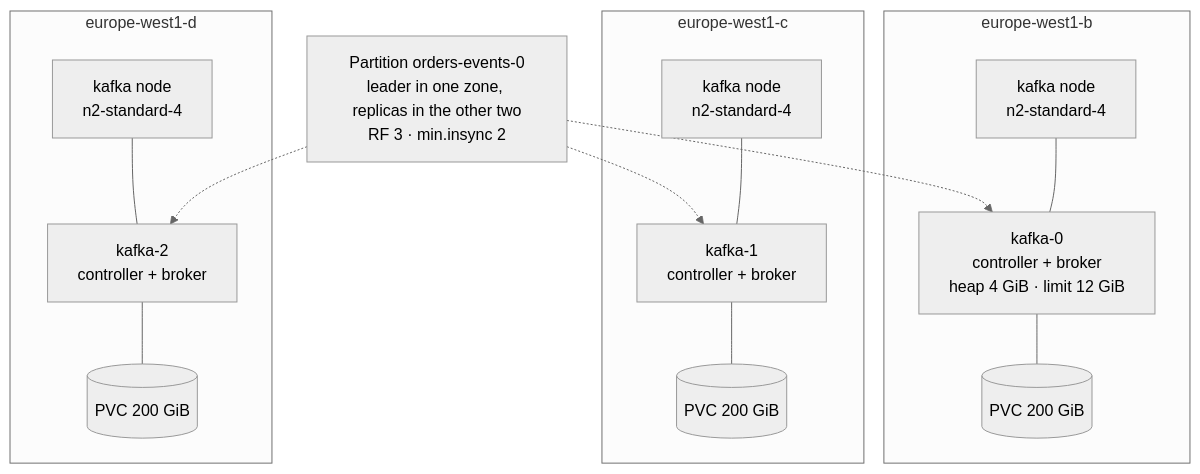
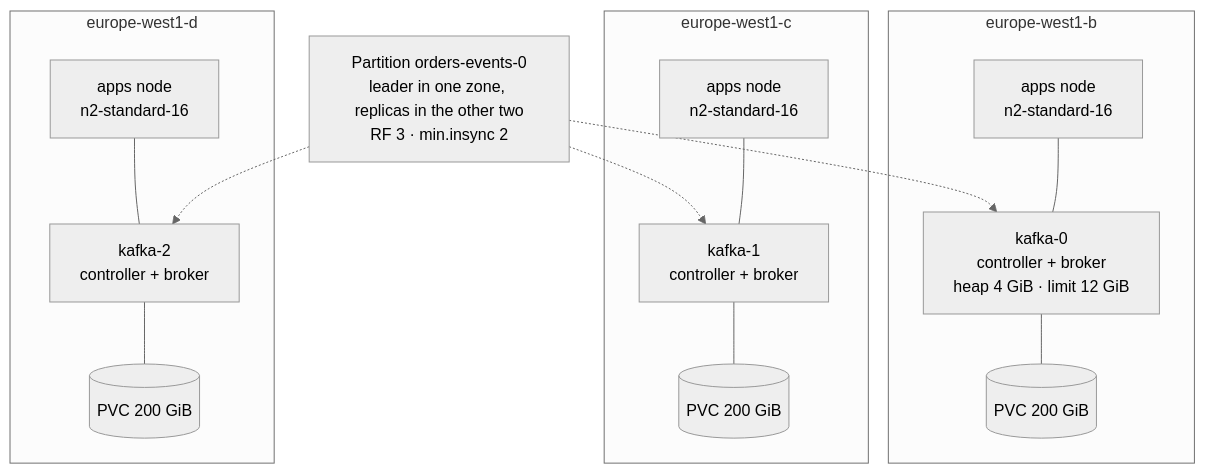
Before and after one commit to aescanero/proposal_documents: the diagram in docs/en/proposals/kafka-qa/diagrams/05-topologia.mmd, drawn with Mermaid (neutral theme). The commit also changed 55 other files, not shown here.

First line of the commit message:
Two node pools per cluster: system and apps (es and en)

```diff
--- a/docs/en/proposals/kafka-qa/diagrams/05-topologia.mmd
+++ b/docs/en/proposals/kafka-qa/diagrams/05-topologia.mmd
@@ -1,23 +1,23 @@
 flowchart TB
     subgraph Z1["europe-west1-b"]
-        N1["kafka node<br/>n2-standard-4"]
+        N1["apps node<br/>n2-standard-16"]
         K1["kafka-0<br/>controller + broker<br/>heap 4 GiB · limit 12 GiB"]
         D1[("PVC 200 GiB")]
         N1 --- K1 --- D1
     end
     subgraph Z2["europe-west1-c"]
-        N2["kafka node<br/>n2-standard-4"]
+        N2["apps node<br/>n2-standard-16"]
         K2["kafka-1<br/>controller + broker"]
         D2[("PVC 200 GiB")]
         N2 --- K2 --- D2
     end
     subgraph Z3["europe-west1-d"]
-        N3["kafka node<br/>n2-standard-4"]
+        N3["apps node<br/>n2-standard-16"]
         K3["kafka-2<br/>controller + broker"]
         D3[("PVC 200 GiB")]
         N3 --- K3 --- D3
     end
     P["Partition orders-events-0<br/>leader in one zone, replicas in the other two<br/>RF 3 · min.insync 2"]
     P -.-> K1
     P -.-> K2
     P -.-> K3
```
